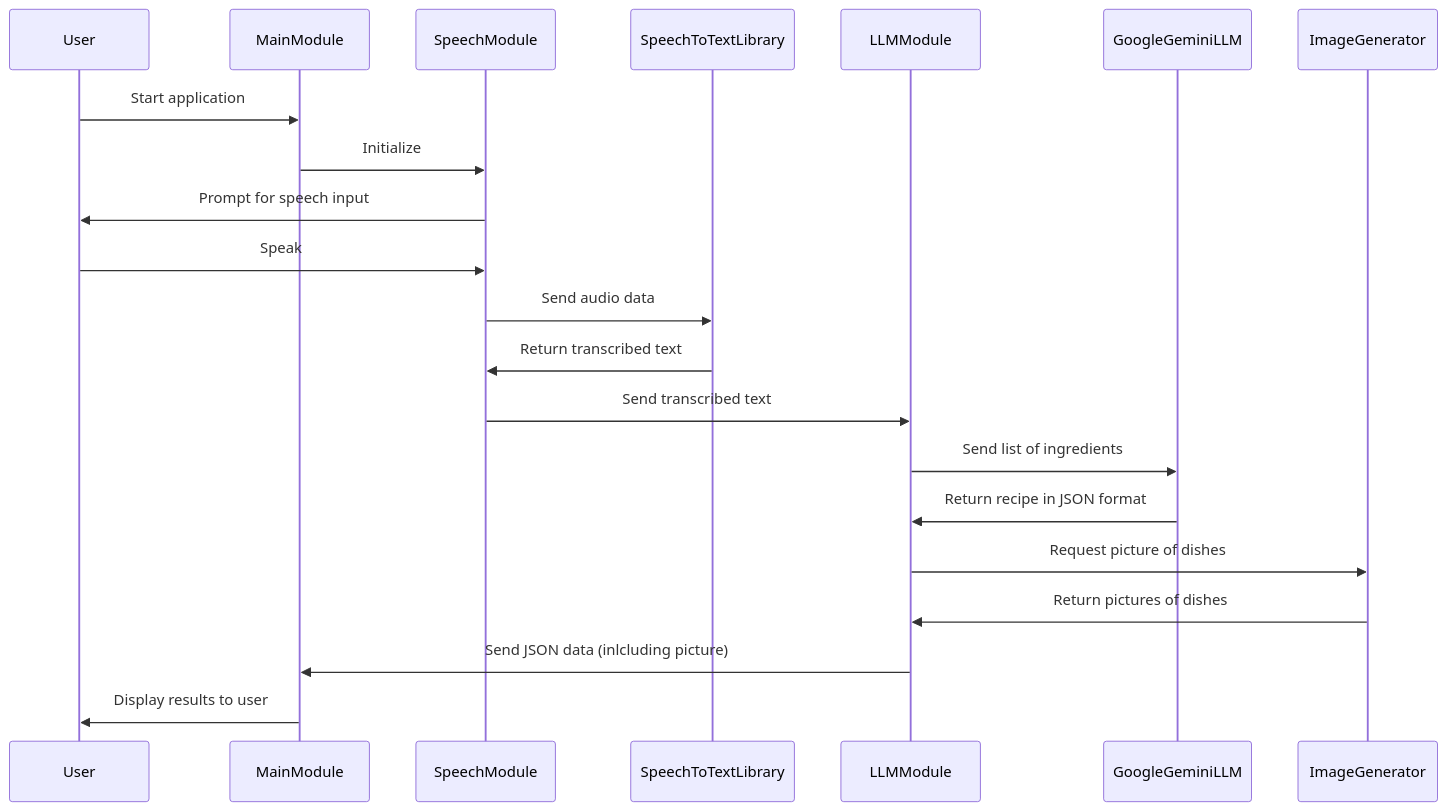
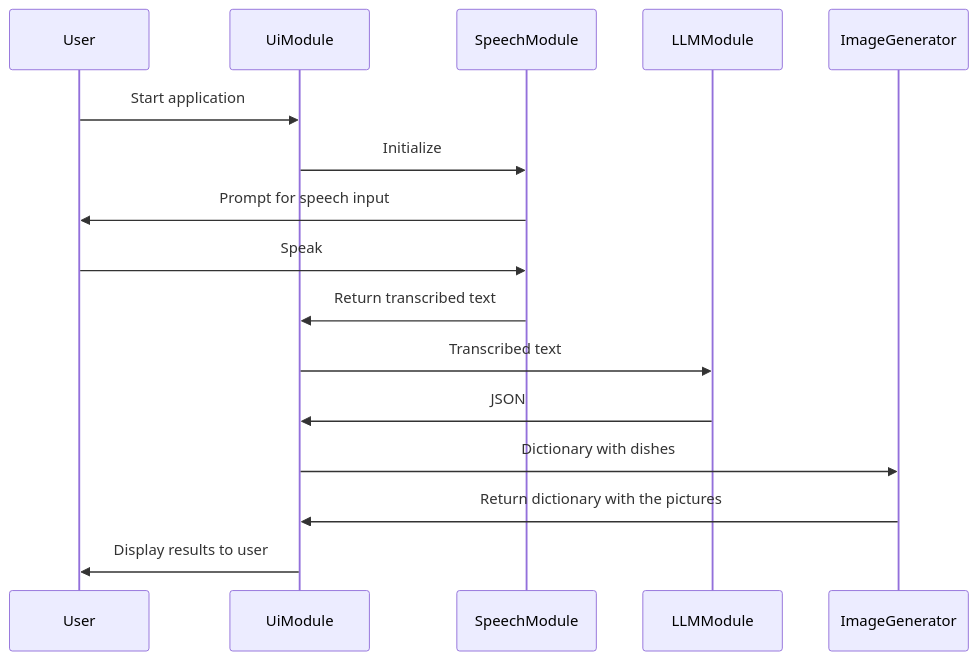
One commit to rschwaab/NTUPython changed the diagram in README.md. Above: the diagram before and after it, drawn with Mermaid.

````diff
--- a/README.md
+++ b/README.md
@@ -66,24 +66,19 @@
 ```mermaid
 sequenceDiagram
     participant User
-    participant MainModule
+    participant UiModule
     participant SpeechModule
-    participant SpeechToTextLibrary
     participant LLMModule
-    participant GoogleGeminiLLM
     participant ImageGenerator
 
-    User ->> MainModule: Start application
-    MainModule ->> SpeechModule: Initialize
+    User ->> UiModule: Start application
+    UiModule ->> SpeechModule: Initialize
     SpeechModule ->> User: Prompt for speech input
     User ->> SpeechModule: Speak
-    SpeechModule ->> SpeechToTextLibrary: Send audio data
-    SpeechToTextLibrary ->> SpeechModule: Return transcribed text
-    SpeechModule ->> LLMModule: Send transcribed text
-    LLMModule ->> GoogleGeminiLLM: Send list of ingredients
-    GoogleGeminiLLM ->> LLMModule: Return recipe in JSON format
-    LLMModule ->> ImageGenerator: Request picture of dishes
-    ImageGenerator ->> LLMModule: Return pictures of dishes
-    LLMModule ->> MainModule: Send JSON data (inlcluding picture)
-    MainModule ->> User: Display results to user
+    SpeechModule ->> UiModule: Return transcribed text
+    UiModule ->> LLMModule: Transcribed text
+    LLMModule ->> UiModule: JSON
+    UiModule ->> ImageGenerator: Dictionary with dishes
+    ImageGenerator ->> UiModule: Return dictionary with the pictures
+    UiModule ->> User: Display results to user
 ```
````
